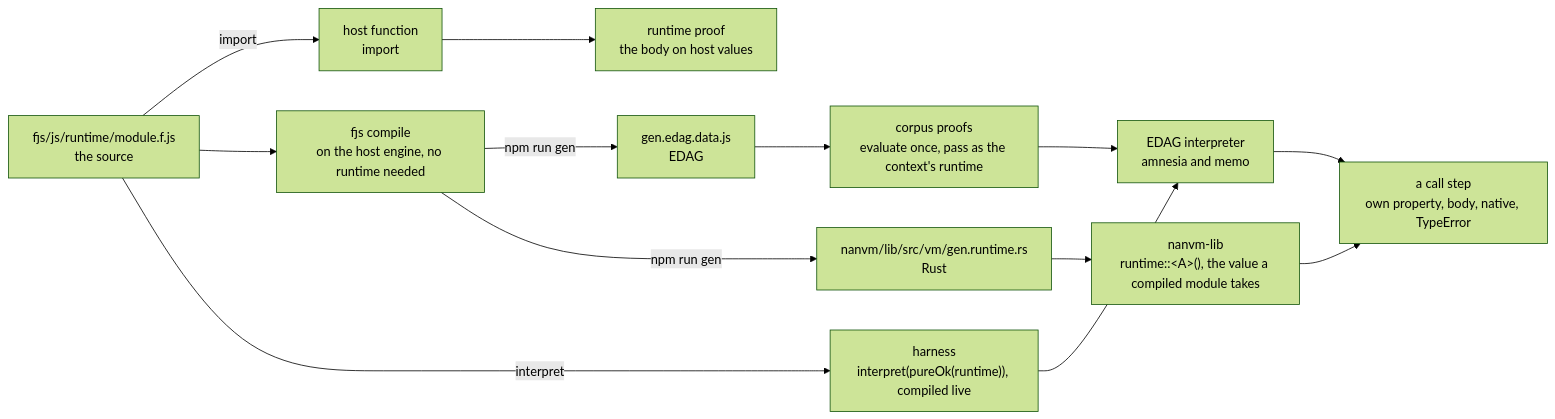
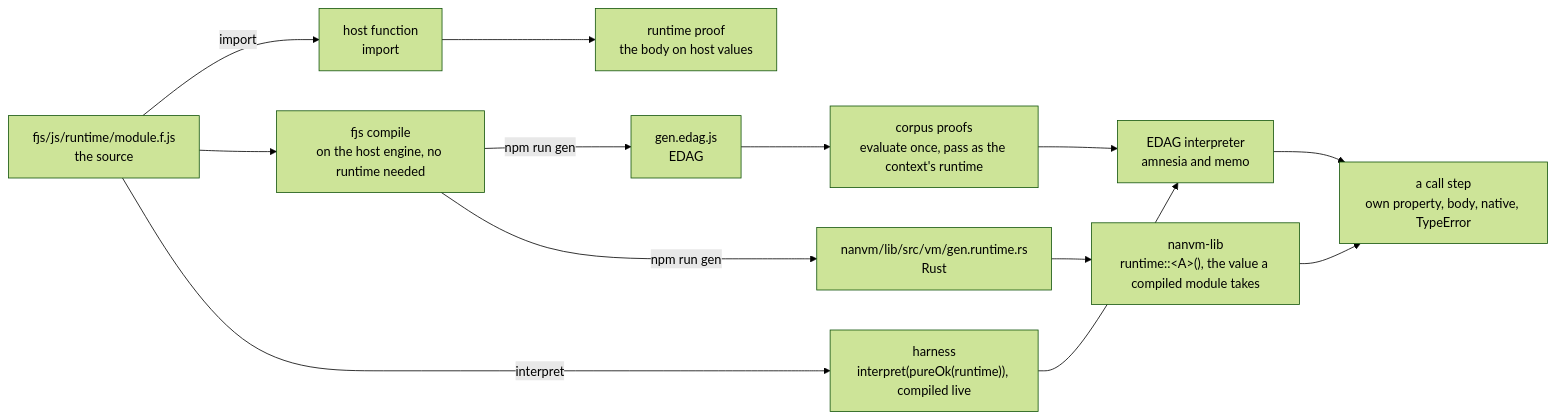
The first of 2 diagrams in fjs/js/runtime/README.md (functionalscript/functionalscript), drawn with Mermaid (forest theme) before and after one commit. The commit also changed other lines of this file and 81 other files, not shown here.

````diff
--- a/fjs/js/runtime/README.md
+++ b/fjs/js/runtime/README.md
@@ -141,21 +195,21 @@
 ```mermaid
 flowchart LR
     src["fjs/js/runtime/module.f.js<br/>the source"]
     compiler["fjs compile<br/>on the host engine, no runtime needed"]
     host["host function<br/>import"]
-    edag["gen.edag.data.js<br/>EDAG"]
+    edag["gen.edag.js<br/>EDAG"]
     rust["nanvm/lib/src/vm/gen.runtime.rs<br/>Rust"]
     proof["runtime proof<br/>the body on host values"]
     corpus["corpus proofs<br/>evaluate once, pass as the context's runtime"]
     harness["harness<br/>interpret(pureOk(runtime)), compiled live"]
     interpreter["EDAG interpreter<br/>amnesia and memo"]
     naive["nanvm-lib<br/>runtime::#lt;A#gt;(), the value a compiled module takes"]
     step["a call step<br/>own property, body, native, TypeError"]
     src -->|import| host --> proof
     src --> compiler
     compiler -->|npm run gen| edag --> corpus --> interpreter
     src -->|interpret| harness --> interpreter
     compiler -->|npm run gen| rust --> naive
     interpreter --> step
     naive --> step
 ```
````
